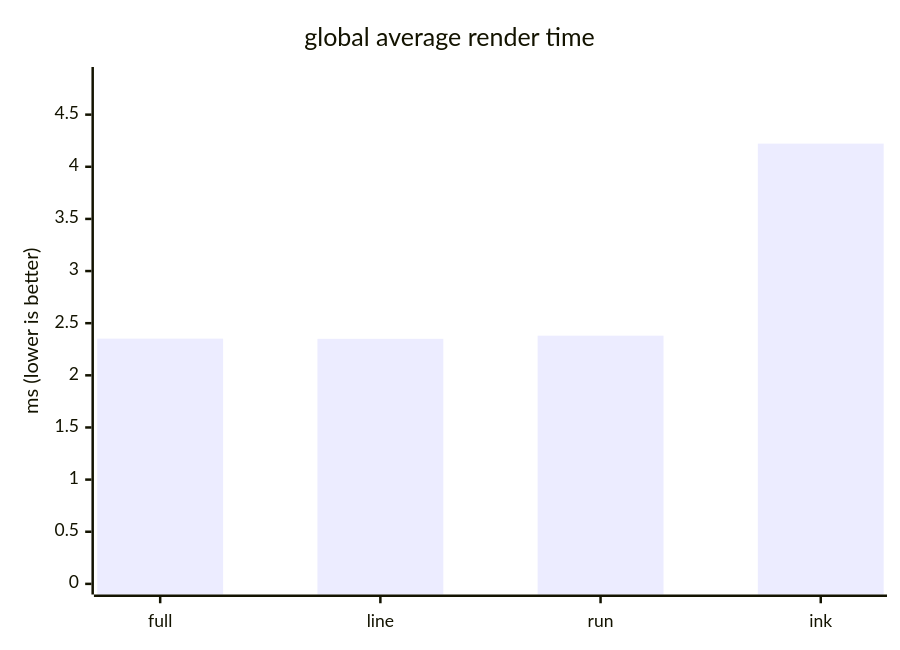
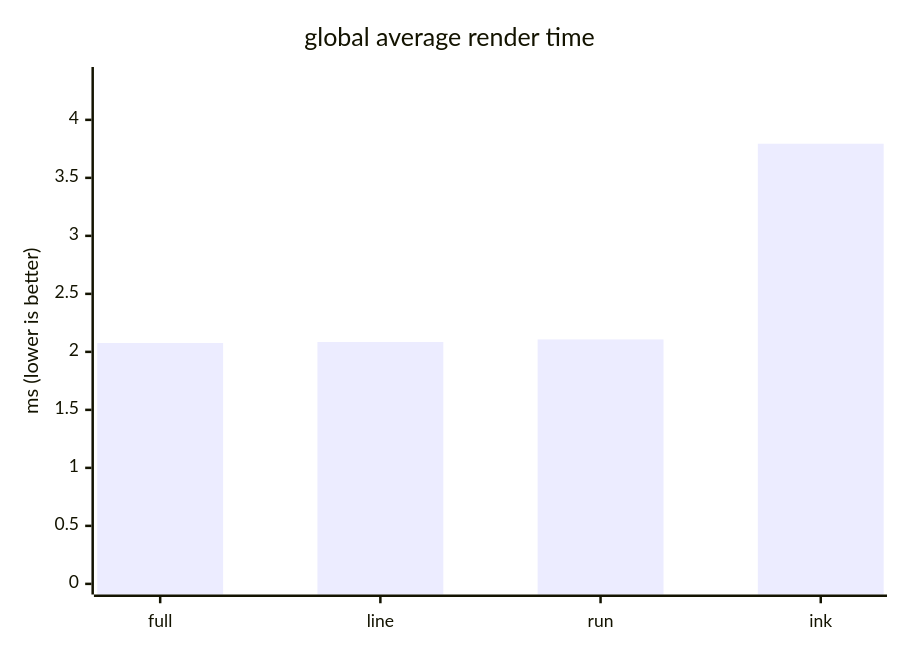
Before and after one commit to ByteLandTechnology/tinky: the ninth of 10 diagrams in docs/benchmark.md, drawn with Mermaid. The commit also changed other lines of this file and 7 other files, not shown here.

````diff
--- a/docs/benchmark.md
+++ b/docs/benchmark.md
@@ -157,7 +157,7 @@
 ```mermaid
 xychart-beta
     title "global average render time"
     x-axis ["full", "line", "run", "ink"]
-    y-axis "ms (lower is better)" 0 --> 4.855
-    bar [2.352, 2.35, 2.38, 4.222]
+    y-axis "ms (lower is better)" 0 --> 4.364
+    bar [2.076, 2.085, 2.107, 3.794]
 ```
````
